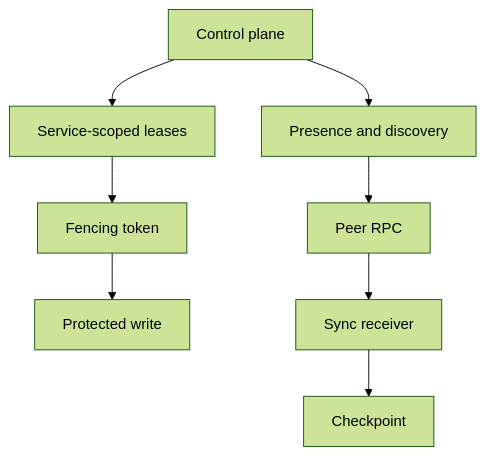
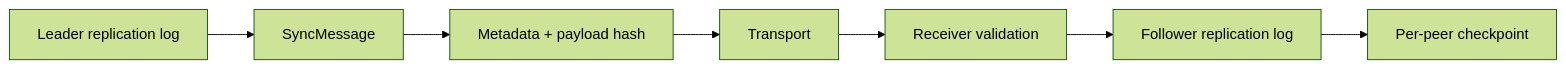
The diagram in docs/en/architecture/synchronization.md (dnettoRaw/appcore-wiki), drawn with Mermaid (forest theme) before and after one commit. The commit also changed other lines of this file and 341 other files, not shown here.

````diff
--- a/docs/en/architecture/synchronization.md
+++ b/docs/en/architecture/synchronization.md
@@ -28,10 +42,9 @@
 ```mermaid
-flowchart TD
-    CP[Control plane] --> P[Presence and discovery]
-    CP --> L[Service-scoped leases]
-    L --> F[Fencing token]
-    F --> W[Protected write]
-    P --> RPC[Peer RPC]
-    RPC --> SYNC[Sync receiver]
-    SYNC --> C[Checkpoint]
+flowchart LR
+    LeaderLog[Leader replication log] --> Batch[SyncMessage]
+    Batch --> Hash[Metadata + payload hash]
+    Hash --> Transport[Transport]
+    Transport --> Receiver[Receiver validation]
+    Receiver --> FollowerLog[Follower replication log]
+    FollowerLog --> Checkpoint[Per-peer checkpoint]
 ```
````
